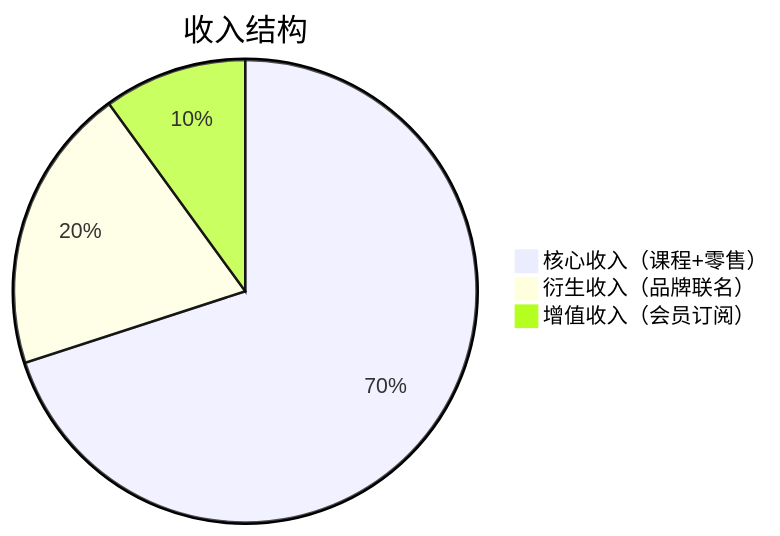
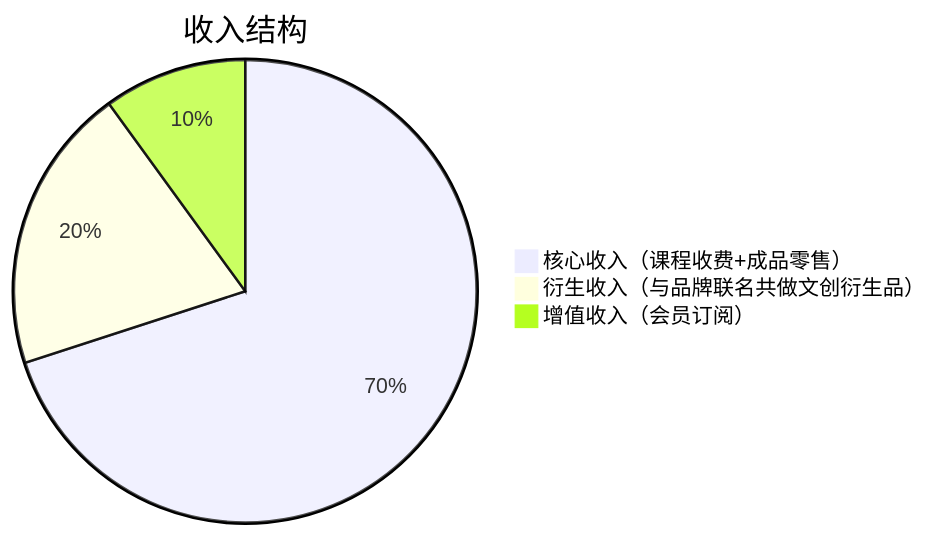
Before and after one commit to NaturalRice/git-demo: the first of 3 diagrams in README.md, drawn with Mermaid. The commit also changed other lines of this file, not shown here.

````diff
--- a/README.md
+++ b/README.md
@@ -4,7 +4,7 @@
 ```mermaid
 pie
     title 收入结构
-    "核心收入（课程+零售）" : 70
-    "衍生收入（品牌联名）" : 20
+    "核心收入（课程收费+成品零售）" : 70
+    "衍生收入（与品牌联名共做文创衍生品）" : 20
     "增值收入（会员订阅）" : 10
 ```
````
